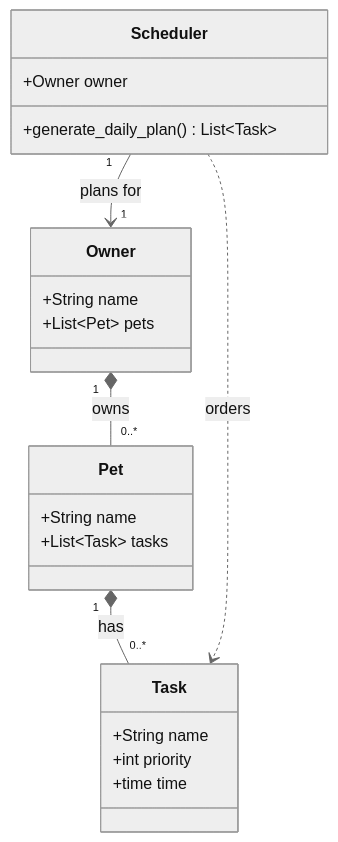
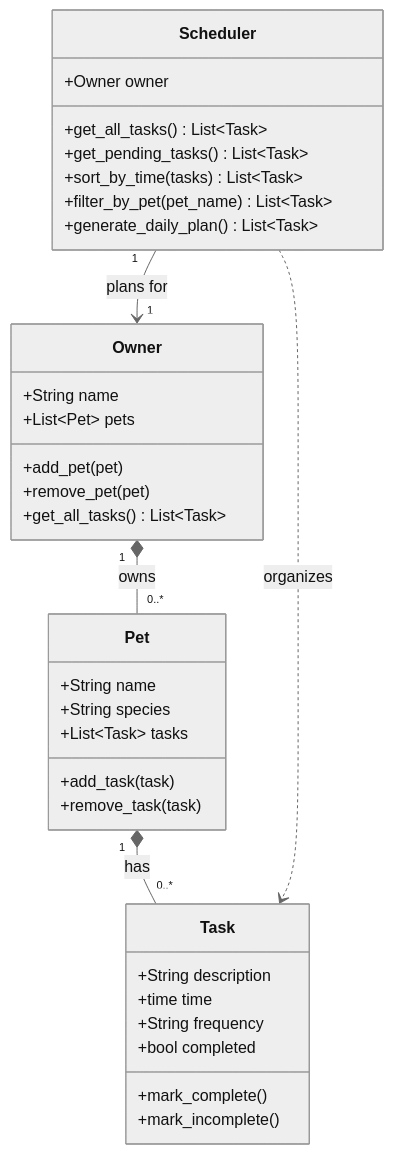
Before and after one commit to jschohan/ai110-module2show-pawpal-starter: the diagram in diagrams/uml.mmd, drawn with Mermaid (neutral theme). The commit also changed 2 other files, not shown here.

Commit message:
Implemented core logic for backend and updated uml.

```diff
--- a/diagrams/uml.mmd
+++ b/diagrams/uml.mmd
@@ -1,26 +1,39 @@
 classDiagram
     class Owner {
         +String name
         +List~Pet~ pets
+        +add_pet(pet)
+        +remove_pet(pet)
+        +get_all_tasks() List~Task~
     }
 
     class Pet {
         +String name
+        +String species
         +List~Task~ tasks
+        +add_task(task)
+        +remove_task(task)
     }
 
     class Task {
-        +String name
-        +int priority
+        +String description
         +time time
+        +String frequency
+        +bool completed
+        +mark_complete()
+        +mark_incomplete()
     }
 
     class Scheduler {
         +Owner owner
+        +get_all_tasks() List~Task~
+        +get_pending_tasks() List~Task~
+        +sort_by_time(tasks) List~Task~
+        +filter_by_pet(pet_name) List~Task~
         +generate_daily_plan() List~Task~
     }
 
     Owner "1" *-- "0..*" Pet : owns
     Pet "1" *-- "0..*" Task : has
     Scheduler "1" --> "1" Owner : plans for
-    Scheduler ..> Task : orders
+    Scheduler ..> Task : organizes
```
